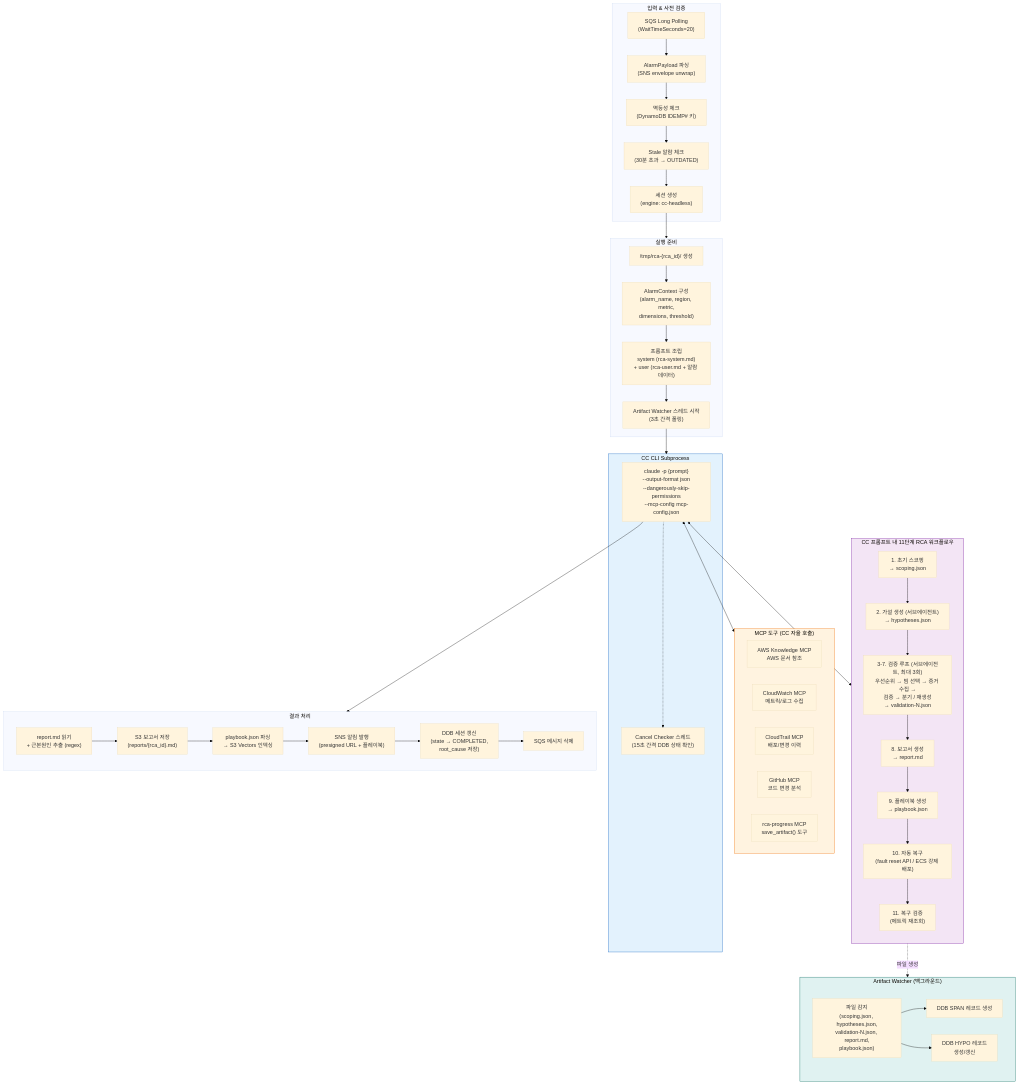
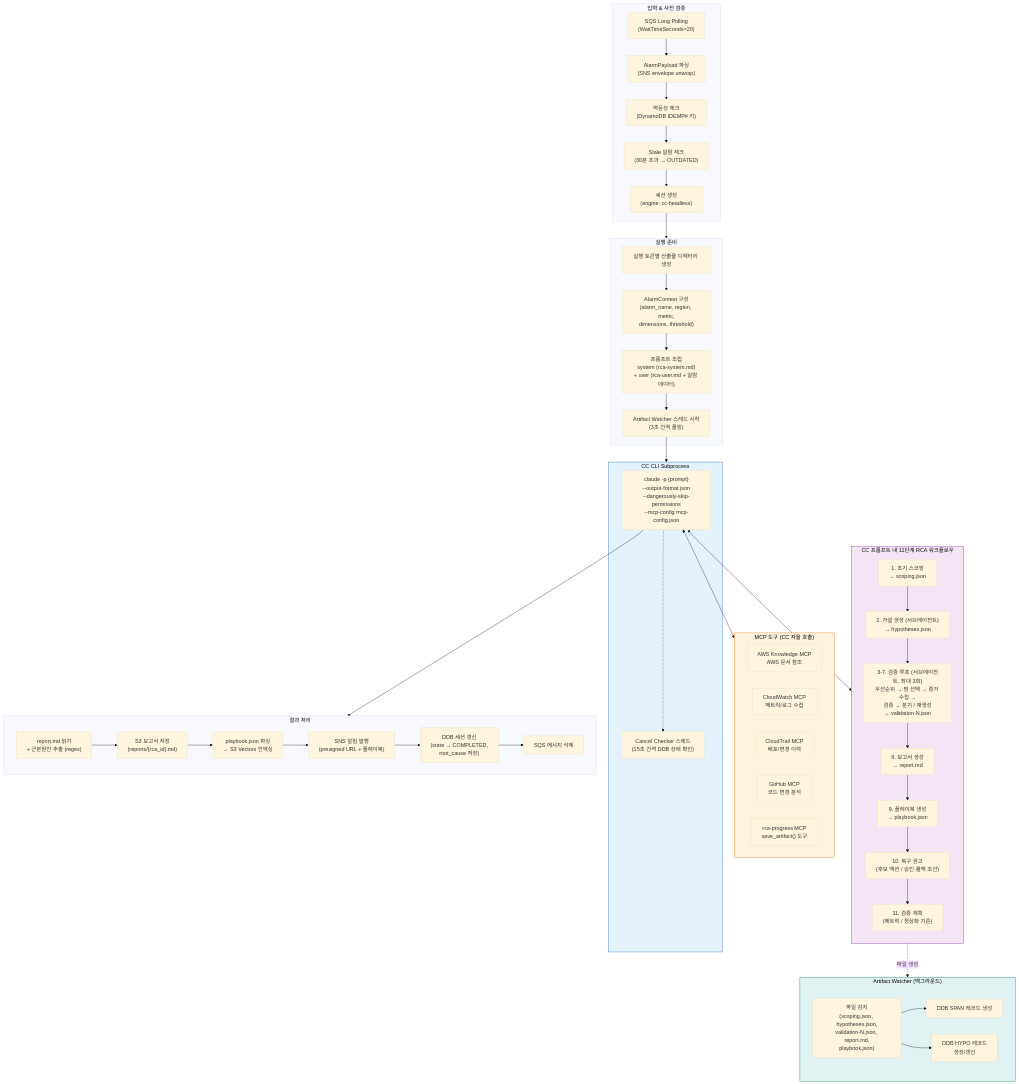
The fourth of 7 diagrams in docs/architecture-and-demo-flow.md (haandol/rca-agent), drawn with Mermaid (base theme) before and after one commit. The commit also changed other lines of this file and 98 other files, not shown here.

````diff
--- a/docs/architecture-and-demo-flow.md
+++ b/docs/architecture-and-demo-flow.md
@@ -269,75 +269,75 @@
 ```mermaid
 flowchart TD
     subgraph Input["입력 & 사전 검증"]
         SQS["SQS Long Polling<br/>(WaitTimeSeconds=20)"]
         PARSE["AlarmPayload 파싱<br/>(SNS envelope unwrap)"]
         DEDUP["멱등성 체크<br/>(DynamoDB IDEMP# 키)"]
         STALE["Stale 알람 체크<br/>(30분 초과 → OUTDATED)"]
         SESSION["세션 생성<br/>(engine: cc-headless)"]
         SQS --> PARSE --> DEDUP --> STALE --> SESSION
     end
 
     subgraph Prepare["실행 준비"]
-        ARTIFACT_DIR["/tmp/rca-{rca_id}/ 생성"]
+        ARTIFACT_DIR["실행 토큰별 산출물 디렉터리 생성"]
         ALARM_PARSE["AlarmContext 구성<br/>(alarm_name, region, metric,<br/>dimensions, threshold)"]
         PROMPT["프롬프트 조립<br/>system (rca-system.md)<br/>+ user (rca-user.md + 알람 데이터)"]
         WATCHER["Artifact Watcher 스레드 시작<br/>(3초 간격 폴링)"]
         ARTIFACT_DIR --> ALARM_PARSE --> PROMPT --> WATCHER
     end
 
     subgraph CCExec["CC CLI Subprocess"]
         CC_CMD["claude -p {prompt}<br/>--output-format json<br/>--dangerously-skip-permissions<br/>--mcp-config mcp-config.json"]
         CC_CANCEL["Cancel Checker 스레드<br/>(15초 간격 DDB 상태 확인)"]
         CC_CMD -.-> CC_CANCEL
     end
 
     subgraph MCPTools["MCP 도구 (CC 자율 호출)"]
         AK["AWS Knowledge MCP<br/>AWS 문서 참조"]
         CW["CloudWatch MCP<br/>메트릭/로그 수집"]
         CT["CloudTrail MCP<br/>배포/변경 이력"]
         GH["GitHub MCP<br/>코드 변경 분석"]
         PROGRESS["rca-progress MCP<br/>save_artifact() 도구"]
     end
 
     subgraph RCA["CC 프롬프트 내 11단계 RCA 워크플로우"]
         direction TB
         STEP1["1. 초기 스코핑<br/>→ scoping.json"]
         STEP2["2. 가설 생성 (서브에이전트)<br/>→ hypotheses.json"]
         STEP3["3-7. 검증 루프 (서브에이전트, 최대 3회)<br/>우선순위 → 빔 선택 → 증거 수집 →<br/>검증 → 분기 / 재생성<br/>→ validation-N.json"]
         STEP4["8. 보고서 생성<br/>→ report.md"]
         STEP5["9. 플레이북 생성<br/>→ playbook.json"]
-        STEP6["10. 자동 복구<br/>(fault reset API / ECS 강제 배포)"]
-        STEP7["11. 복구 검증<br/>(메트릭 재조회)"]
+        STEP6["10. 복구 권고<br/>(후보 액션 / 승인·롤백 조건)"]
+        STEP7["11. 검증 계획<br/>(메트릭 / 정상화 기준)"]
         STEP1 --> STEP2 --> STEP3 --> STEP4 --> STEP5 --> STEP6 --> STEP7
     end
 
     subgraph WatcherDetail["Artifact Watcher (백그라운드)"]
         W_DETECT["파일 감지<br/>(scoping.json, hypotheses.json,<br/>validation-N.json, report.md,<br/>playbook.json)"]
         W_SPAN["DDB SPAN 레코드 생성"]
         W_HYPO["DDB HYPO 레코드<br/>생성/갱신"]
         W_DETECT --> W_SPAN
         W_DETECT --> W_HYPO
     end
 
     subgraph Output["결과 처리"]
         REPORT_PARSE["report.md 읽기<br/>+ 근본원인 추출 (regex)"]
         S3_REPORT["S3 보고서 저장<br/>(reports/{rca_id}.md)"]
         PB_PARSE["playbook.json 파싱<br/>→ S3 Vectors 인덱싱"]
         SNS_NOTIFY["SNS 알림 발행<br/>(presigned URL + 플레이북)"]
         DDB_COMPLETE["DDB 세션 갱신<br/>(state → COMPLETED,<br/>root_cause 저장)"]
         DEL_MSG["SQS 메시지 삭제"]
         REPORT_PARSE --> S3_REPORT --> PB_PARSE --> SNS_NOTIFY --> DDB_COMPLETE --> DEL_MSG
     end
 
     SESSION --> Prepare
     WATCHER --> CCExec
     CC_CMD <--> MCPTools
     CC_CMD <--> RCA
     RCA -.->|파일 생성| WatcherDetail
     CC_CMD --> Output
 
     style CCExec fill:#e3f2fd,stroke:#1565c0
     style RCA fill:#f3e5f5,stroke:#7b1fa2
     style MCPTools fill:#fff3e0,stroke:#ef6c00
     style WatcherDetail fill:#e0f2f1,stroke:#00695c
 ```
````
